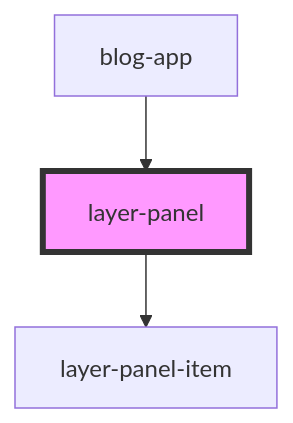
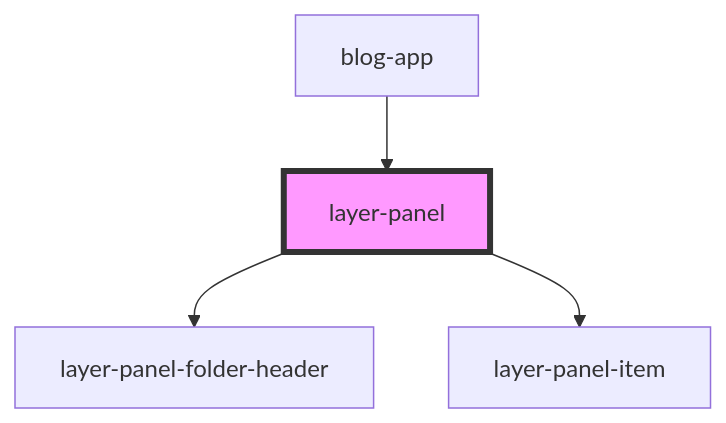
One commit to lucidworks/grid-builder-poc changed the diagram in stencil-grid-builder/src/demo/components/layer-panel/readme.md. Above: the diagram before and after it, drawn with Mermaid. The commit also changed other lines of this file and 18 other files, not shown here.

````diff
--- a/stencil-grid-builder/src/demo/components/layer-panel/readme.md
+++ b/stencil-grid-builder/src/demo/components/layer-panel/readme.md
@@ -19,6 +32,7 @@
 ```mermaid
 graph TD;
+  layer-panel --> layer-panel-folder-header
   layer-panel --> layer-panel-item
   blog-app --> layer-panel
   style layer-panel fill:#f9f,stroke:#333,stroke-width:4px
 ```
````
